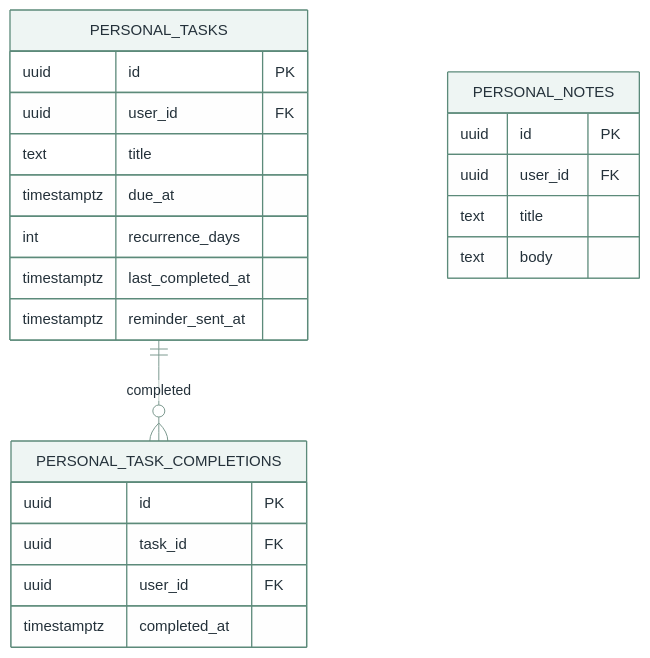
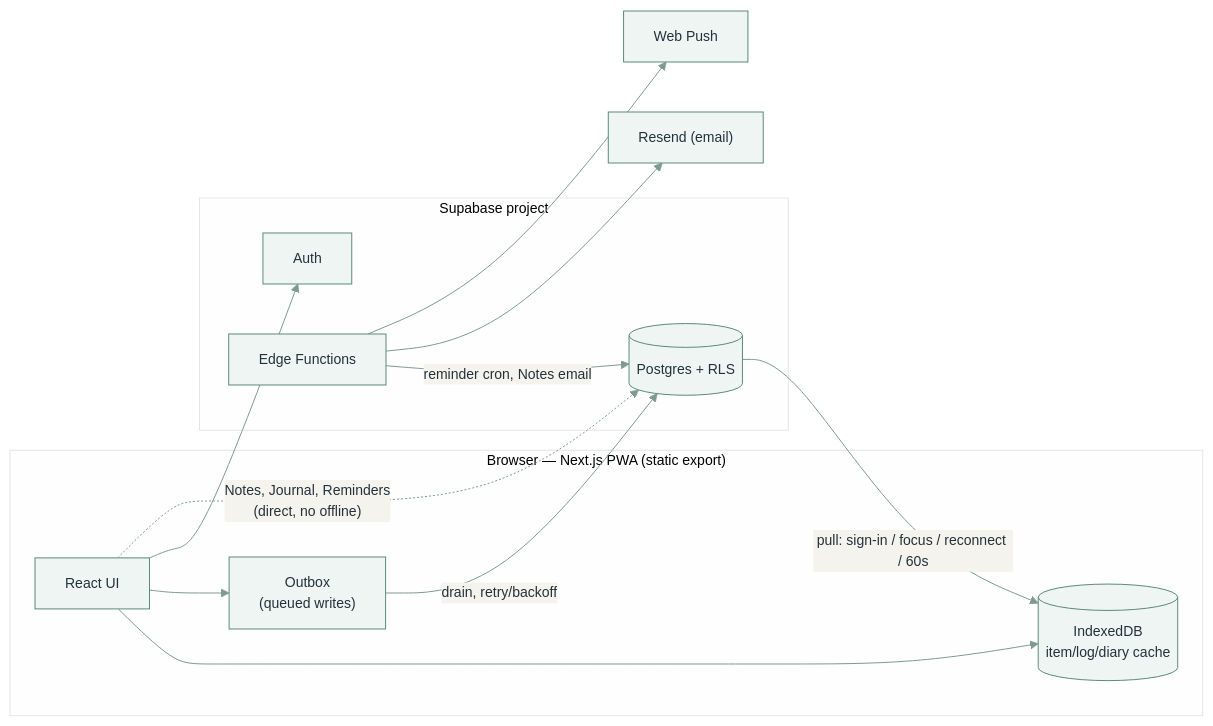
One commit to xxvazquez/health-management changed the diagram in README.md. Above: the diagram before and after it, drawn with Mermaid. The commit also changed other lines of this file and 16 other files, not shown here.

````diff
--- a/README.md
+++ b/README.md
@@ -242,35 +72,27 @@
 ```mermaid
 %%{init: {"theme": "base", "themeVariables": {
-  "primaryColor": "#eef5f3",
-  "primaryBorderColor": "#5c8a7a",
-  "primaryTextColor": "#24313a",
-  "lineColor": "#7d9a90",
-  "tertiaryColor": "#ffffff",
-  "fontFamily": "Inter, -apple-system, sans-serif",
-  "fontSize": "15px"
+  "primaryColor": "#eef5f3", "primaryBorderColor": "#5c8a7a",
+  "primaryTextColor": "#24313a", "lineColor": "#7d9a90",
+  "fontFamily": "Inter, -apple-system, sans-serif", "fontSize": "14px"
 }}}%%
-erDiagram
-    PERSONAL_TASKS ||--o{ PERSONAL_TASK_COMPLETIONS : completed
-
-    PERSONAL_NOTES {
-        uuid id PK
-        uuid user_id FK
-        text title
-        text body
-    }
-    PERSONAL_TASKS {
-        uuid id PK
-        uuid user_id FK
-        text title
-        timestamptz due_at
-        int recurrence_days
-        timestamptz last_completed_at
-        timestamptz reminder_sent_at
-    }
-    PERSONAL_TASK_COMPLETIONS {
-        uuid id PK
-        uuid task_id FK
-        uuid user_id FK
-        timestamptz completed_at
-    }
+flowchart LR
+    subgraph browser["Browser — Next.js PWA (static export)"]
+        ui["React UI"]
+        idb[("IndexedDB<br/>item/log/diary cache")]
+        outbox["Outbox<br/>(queued writes)"]
+        ui --> idb
+        ui --> outbox
+    end
+    subgraph supa["Supabase project"]
+        pg[("Postgres + RLS")]
+        auth["Auth"]
+        ef["Edge Functions"]
+    end
+    outbox -->|"drain, retry/backoff"| pg
+    pg -->|"pull: sign-in / focus / reconnect / 60s"| idb
+    ui --> auth
+    ui -.->|"Notes, Journal, Reminders<br/>(direct, no offline)"| pg
+    ef -->|"reminder cron, Notes email"| pg
+    ef --> resend["Resend (email)"]
+    ef --> push["Web Push"]
 ```
````
